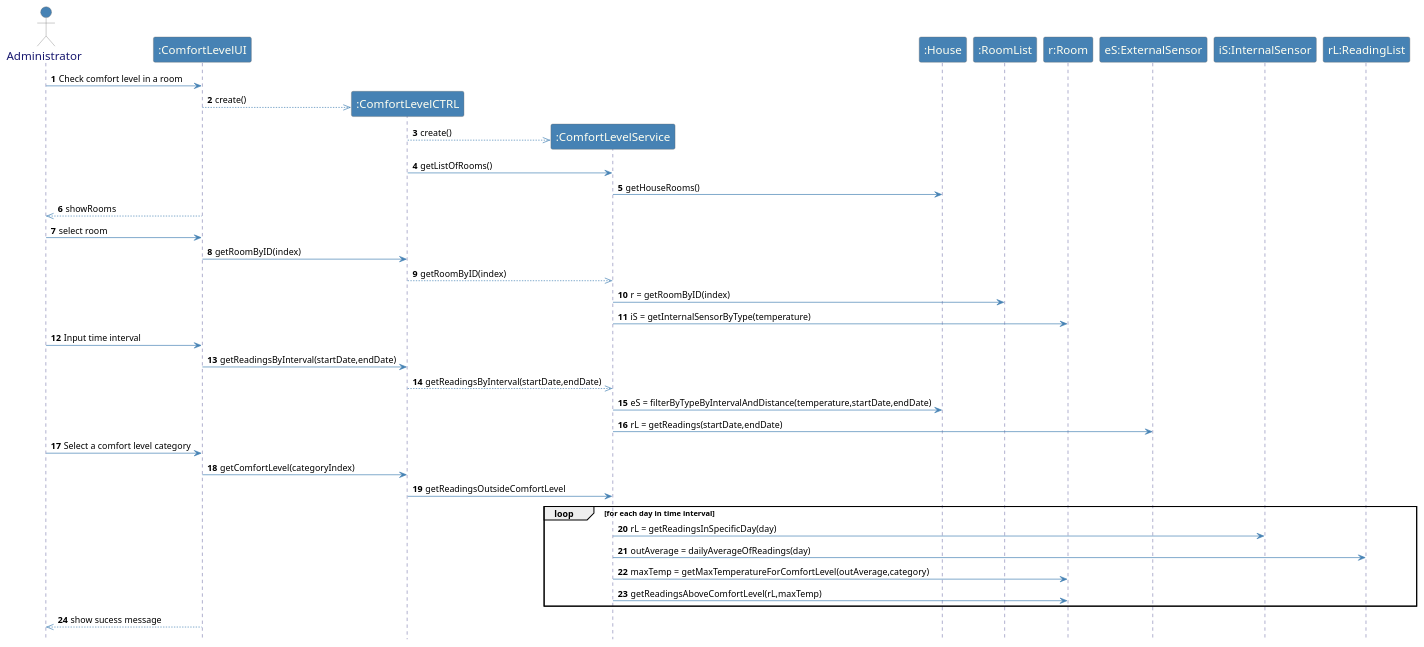
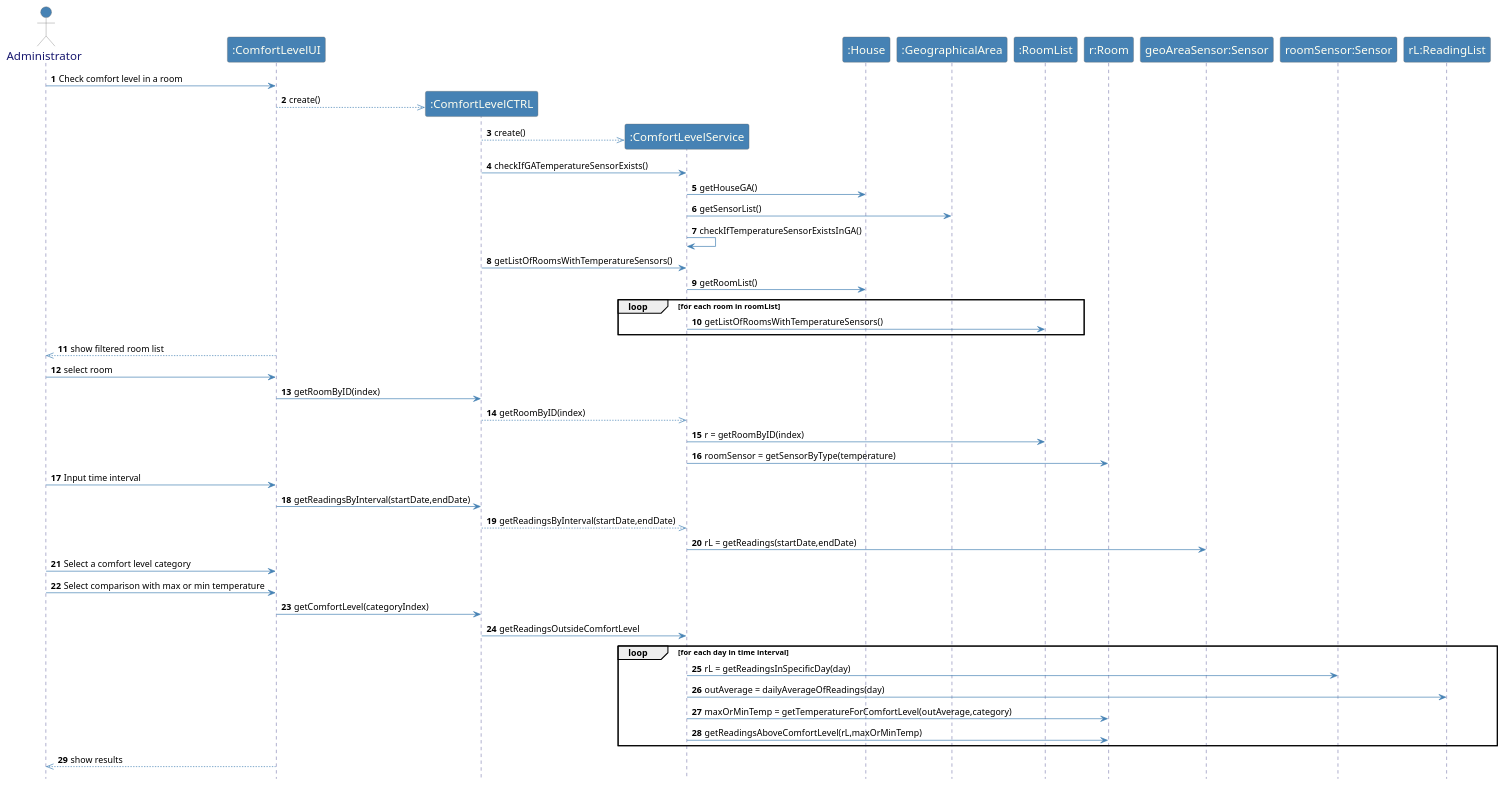
The diagram in src/main/java/smarthome/controller/sequenceDiagrams/CheckComfortLevel.puml (emanuel-pereira/hou), drawn with PlantUML before and after one commit.

Commit message:
Updated comfort level sequence diagram.

```diff
--- a/src/main/java/smarthome/controller/sequenceDiagrams/CheckComfortLevel.puml
+++ b/src/main/java/smarthome/controller/sequenceDiagrams/CheckComfortLevel.puml
@@ -1,77 +1,86 @@
 @startuml
 
 skinparam sequence {
          	ArrowColor SteelBlue
          	ActorBorderColor Dimgray
          	LifeLineBorderColor MidnightBlue
          	LifeLineBackgroundColor #A9DCDF
 
          	ParticipantBorderColor Dimgray
          	ParticipantBackgroundColor SteelBlue
          	ParticipantFontName Calibri Bold
          	ParticipantFontSize 17
          	ParticipantFontColor Ivory
 
          	ActorBackgroundColor SteelBlue
          	ActorFontColor MidnightBlue
          	ActorFontSize 17
          	ActorFontName Aapex
 
          }
 skinparam note {
 BorderColor SteelBlue
 }
 autonumber
 hidefootbox
 actor Administrator
 
 
 Administrator -> ":ComfortLevelUI": Check comfort level in a room
 create ":ComfortLevelCTRL"
 
 ":ComfortLevelUI" -->> ":ComfortLevelCTRL": create()
 
 create ":ComfortLevelService"
 ":ComfortLevelCTRL" -->> ":ComfortLevelService": create()
 
-":ComfortLevelCTRL" -> ":ComfortLevelService": getListOfRooms()
-":ComfortLevelService" -> ":House": getHouseRooms()
+":ComfortLevelCTRL" -> ":ComfortLevelService": checkIfGATemperatureSensorExists()
+":ComfortLevelService" -> ":House": getHouseGA()
+":ComfortLevelService" -> ":GeographicalArea": getSensorList()
+":ComfortLevelService" -> ":ComfortLevelService": checkIfTemperatureSensorExistsInGA()
 
 
-":ComfortLevelUI" -->> Administrator: showRooms
+":ComfortLevelCTRL" -> ":ComfortLevelService": getListOfRoomsWithTemperatureSensors()
+":ComfortLevelService" -> ":House": getRoomList()
+
+loop for each room in roomList
+":ComfortLevelService" -> ":RoomList": getListOfRoomsWithTemperatureSensors()
+end
+
+
+":ComfortLevelUI" -->> Administrator: show filtered room list
 Administrator -> ":ComfortLevelUI": select room
 ":ComfortLevelUI" -> ":ComfortLevelCTRL": getRoomByID(index)
 ":ComfortLevelCTRL" -->> ":ComfortLevelService": getRoomByID(index)
 ":ComfortLevelService" -> ":RoomList": r = getRoomByID(index)
-":ComfortLevelService" -> "r:Room": iS = getInternalSensorByType(temperature)
+":ComfortLevelService" -> "r:Room": roomSensor = getSensorByType(temperature)
 Administrator -> ":ComfortLevelUI": Input time interval
 ":ComfortLevelUI" -> ":ComfortLevelCTRL": getReadingsByInterval(startDate,endDate)
 ":ComfortLevelCTRL" -->> ":ComfortLevelService": getReadingsByInterval(startDate,endDate)
-":ComfortLevelService" -> ":House": eS = filterByTypeByIntervalAndDistance(temperature,startDate,endDate)
 
-":ComfortLevelService" -> "eS:ExternalSensor": rL = getReadings(startDate,endDate)
+":ComfortLevelService" -> "geoAreaSensor:Sensor": rL = getReadings(startDate,endDate)
 
 
 Administrator -> ":ComfortLevelUI": Select a comfort level category
+Administrator -> ":ComfortLevelUI": Select comparison with max or min temperature
 
 ":ComfortLevelUI" -> ":ComfortLevelCTRL": getComfortLevel(categoryIndex)
 ":ComfortLevelCTRL" -> ":ComfortLevelService": getReadingsOutsideComfortLevel
+
 loop for each day in time interval
-":ComfortLevelService" -> "iS:InternalSensor": rL = getReadingsInSpecificDay(day)
+":ComfortLevelService" -> "roomSensor:Sensor": rL = getReadingsInSpecificDay(day)
 ":ComfortLevelService" -> "rL:ReadingList":  outAverage = dailyAverageOfReadings(day)
-":ComfortLevelService" -> "r:Room": maxTemp = getMaxTemperatureForComfortLevel(outAverage,category)
-":ComfortLevelService" -> "r:Room": getReadingsAboveComfortLevel(rL,maxTemp)
-
-
+":ComfortLevelService" -> "r:Room": maxOrMinTemp = getTemperatureForComfortLevel(outAverage,category)
+":ComfortLevelService" -> "r:Room": getReadingsAboveComfortLevel(rL,maxOrMinTemp)
 
 end
 
-":ComfortLevelUI" -->> Administrator: show sucess message
+":ComfortLevelUI" -->> Administrator: show results
 
 
 
 
 
 
 
 @enduml
```
